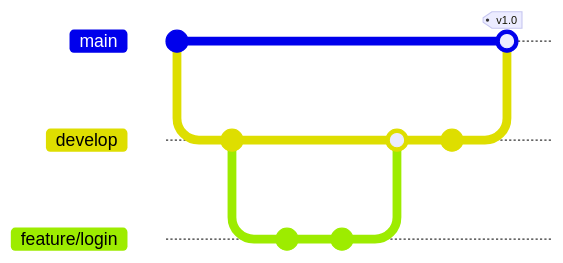
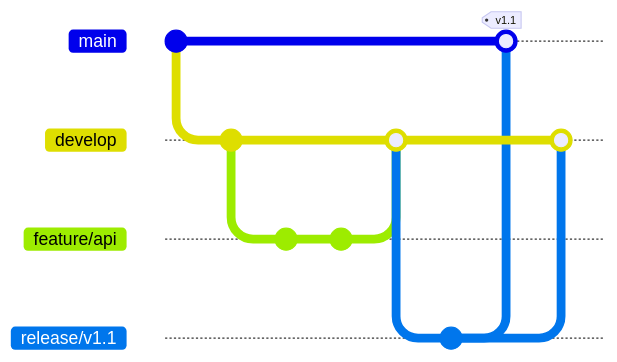
Before and after one commit to zacniewski/materials-about-integration-of-IT-systems: the second of 3 diagrams in lectures/wyklad_02.md, drawn with Mermaid. The commit also changed other lines of this file and 6 other files, not shown here. Commit ids are hidden.

````diff
--- a/lectures/wyklad_02.md
+++ b/lectures/wyklad_02.md
@@ -40,16 +76,20 @@
 ```mermaid
 gitGraph
-    commit
+    commit id: "v1.0"
     branch develop
     checkout develop
-    commit
-    branch feature/login
-    checkout feature/login
-    commit
-    commit
+    commit id: "Initial develop"
+    branch feature/api
+    checkout feature/api
+    commit id: "Add endpoints"
+    commit id: "Add auth"
     checkout develop
-    merge feature/login
-    commit
+    merge feature/api
+    branch release/v1.1
+    checkout release/v1.1
+    commit id: "Bugfix"
     checkout main
-    merge develop tag: "v1.0"
+    merge release/v1.1 tag: "v1.1"
+    checkout develop
+    merge release/v1.1
 ```
````
